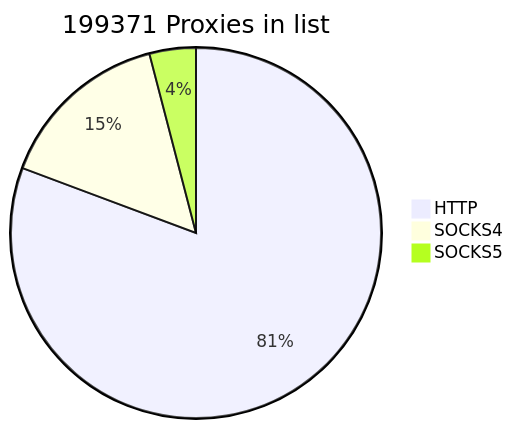
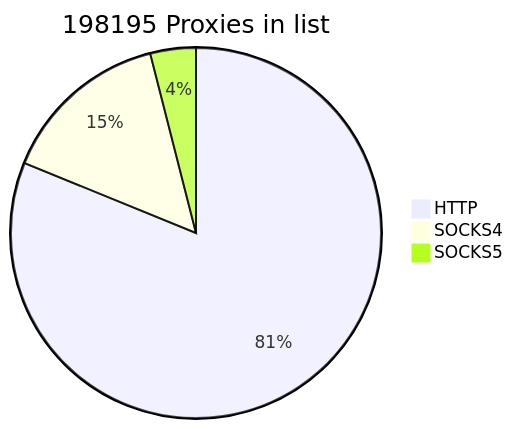
The first of 2 diagrams in README.md (cutipu/proxylist), drawn with Mermaid before and after one commit. The commit also changed other lines of this file, not shown here.

````diff
--- a/README.md
+++ b/README.md
@@ -2,7 +2,7 @@
 ```mermaid
-pie title 199371 Proxies in list
-    "HTTP" : 160888
-    "SOCKS4" : 30412
-    "SOCKS5" : 8071
+pie title 198195 Proxies in list
+    "HTTP" : 160862
+    "SOCKS4" : 29453
+    "SOCKS5" : 7880
             
 ```
````
